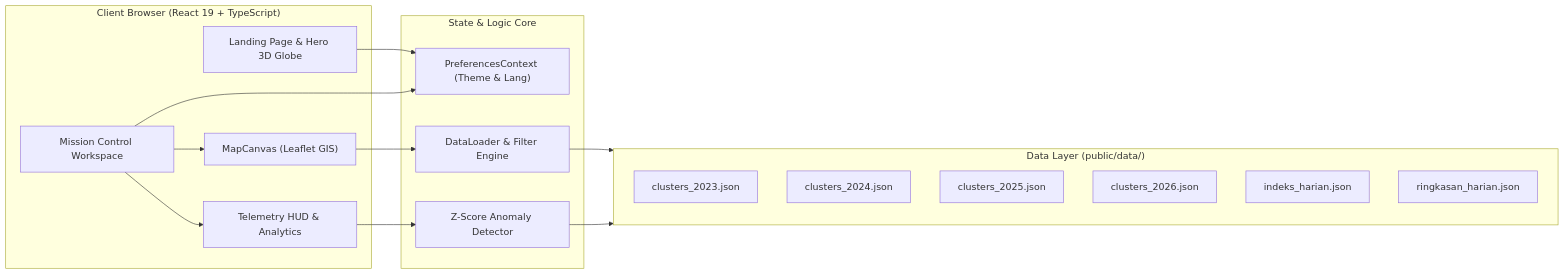
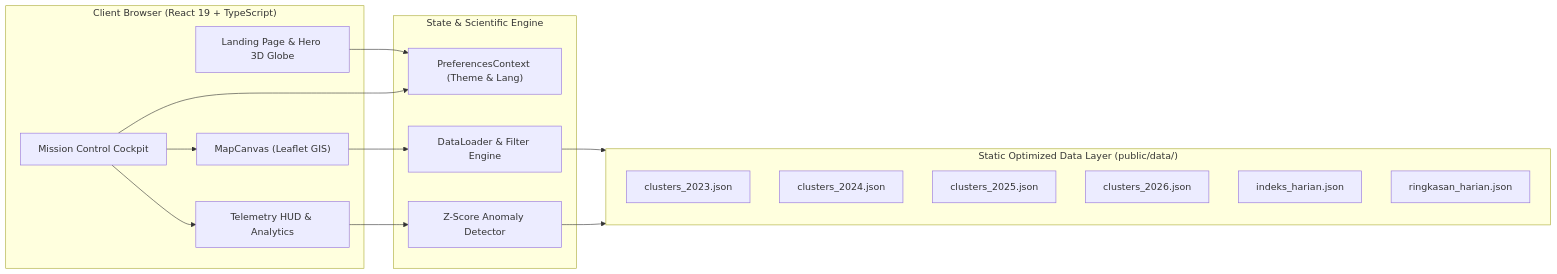
One commit to Kaffqa/GreatEye changed the second of 2 diagrams in README.md. Above: the diagram before and after it, drawn with Mermaid. The commit also changed other lines of this file, not shown here.

Commit message:
docs: translate README to professional English with enhanced scientific formatting and architecture diagrams

````diff
--- a/README.md
+++ b/README.md
@@ -95,33 +118,33 @@
 ```mermaid
 graph LR
     subgraph Client ["Client Browser (React 19 + TypeScript)"]
         UI["Landing Page & Hero 3D Globe"]
-        MC["Mission Control Workspace"]
+        MC["Mission Control Cockpit"]
         MAP["MapCanvas (Leaflet GIS)"]
         HUD["Telemetry HUD & Analytics"]
     end
 
-    subgraph State ["State & Logic Core"]
+    subgraph Core ["State & Scientific Engine"]
         CTX["PreferencesContext (Theme & Lang)"]
         STORE["DataLoader & Filter Engine"]
         ANALYTICS["Z-Score Anomaly Detector"]
     end
 
-    subgraph Data ["Data Layer (public/data/)"]
+    subgraph Data ["Static Optimized Data Layer (public/data/)"]
         D1["clusters_2023.json"]
         D2["clusters_2024.json"]
         D3["clusters_2025.json"]
         D4["clusters_2026.json"]
         D5["indeks_harian.json"]
         D6["ringkasan_harian.json"]
     end
 
     UI --> CTX
     MC --> CTX
     MC --> MAP
     MC --> HUD
     MAP --> STORE
     HUD --> ANALYTICS
     STORE --> Data
     ANALYTICS --> Data
 ```
````
